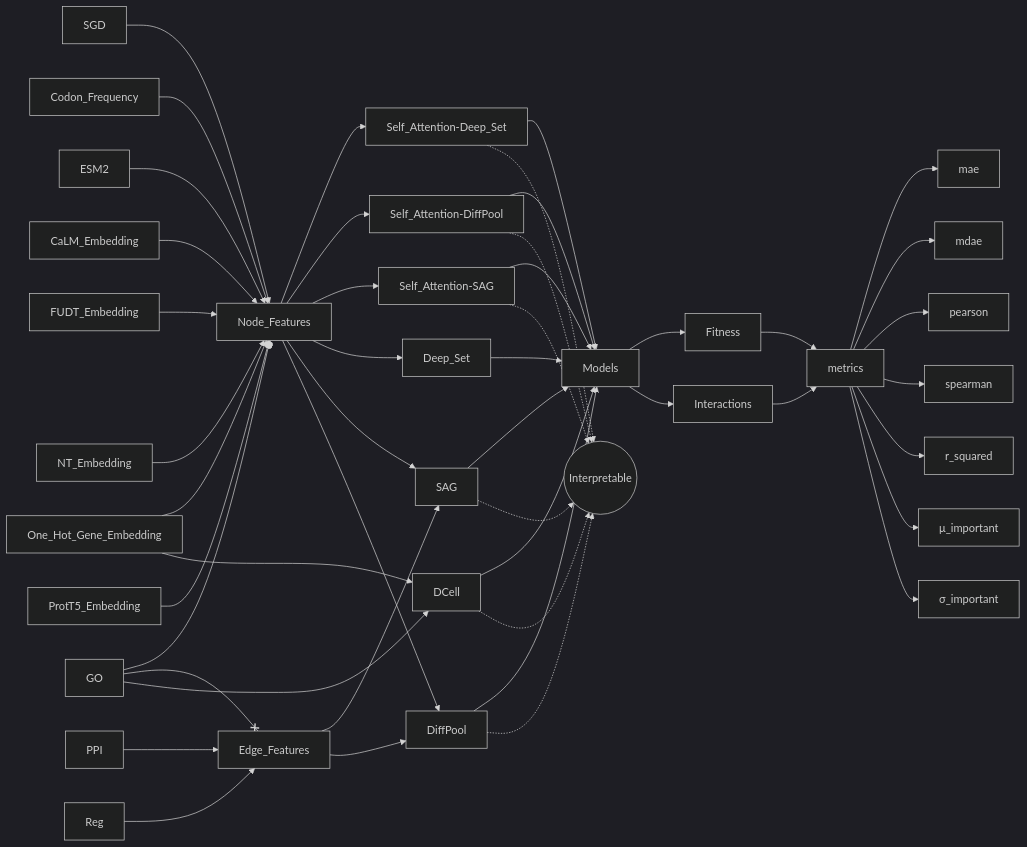
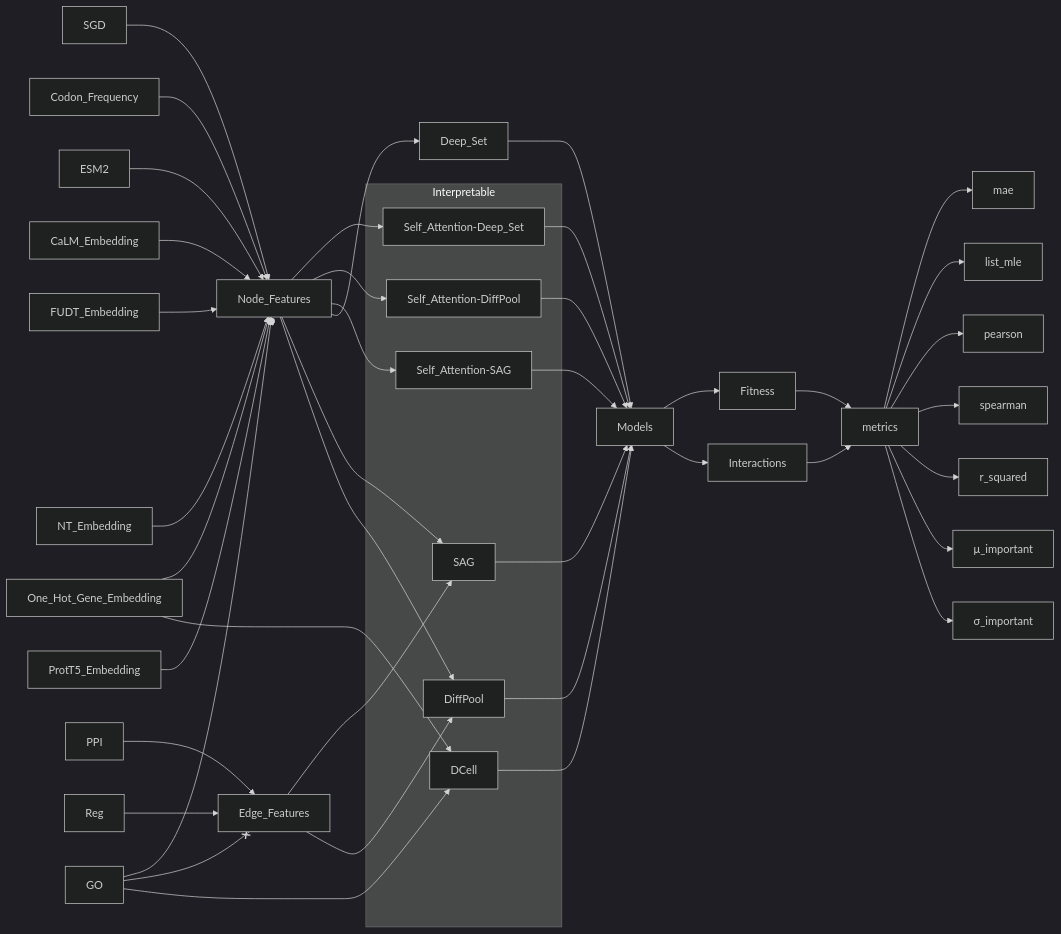
Before and after one commit to Mjvolk3/torchcell: the diagram in notes/paper.outline.dmf-fitness-table.03.md, drawn with Mermaid (dark theme). The commit also changed other lines of this file and 2 other files, not shown here.

````diff
--- a/notes/paper.outline.dmf-fitness-table.03.md
+++ b/notes/paper.outline.dmf-fitness-table.03.md
@@ -8,49 +8,51 @@
 ```mermaid
 graph LR
     Deep_Set --> Models
     Self_Attention-Deep_Set --> Models
     Node_Features --> Self_Attention-Deep_Set
     Node_Features --> Self_Attention-DiffPool
     Node_Features --> Self_Attention-SAG
     Self_Attention-DiffPool --> Models
     Self_Attention-SAG --> Models
     SAG --> Models
     DiffPool --> Models
     SGD --> Node_Features
     One_Hot_Gene_Embedding --> Node_Features
     Codon_Frequency --> Node_Features
     ESM2 --> Node_Features
     CaLM_Embedding --> Node_Features
     FUDT_Embedding --> Node_Features
     NT_Embedding --> Node_Features
     ProtT5_Embedding --> Node_Features
     Node_Features --> Deep_Set
     Node_Features --> SAG
     Node_Features --> DiffPool
     Edge_Features --> SAG
     Edge_Features --> DiffPool
     PPI --> Edge_Features 
     Reg --> Edge_Features 
     GO --o Node_Features
     GO --x Edge_Features
     GO --> DCell
     One_Hot_Gene_Embedding --> DCell
     DCell --> Models
     Models --> Fitness
     Models --> Interactions
     Interactions --> metrics
     Fitness --> metrics 
     metrics --> mae
-    metrics --> mdae
+    metrics --> list_mle
     metrics --> pearson
     metrics --> spearman
     metrics --> r_squared
     metrics --> μ_important
     metrics --> σ_important
-    DCell -.-> Interpretable((Interpretable))
-    SAG -.-> Interpretable((Interpretable))
-    DiffPool -.-> Interpretable((Interpretable))
-    Self_Attention-DiffPool -.-> Interpretable((Interpretable))
-    Self_Attention-SAG -.-> Interpretable((Interpretable))
-    Self_Attention-Deep_Set -.-> Interpretable((Interpretable))
+    subgraph Interpretable
+        DCell
+        SAG
+        DiffPool
+        Self_Attention-DiffPool
+        Self_Attention-SAG
+        Self_Attention-Deep_Set
+    end
 ```
````
